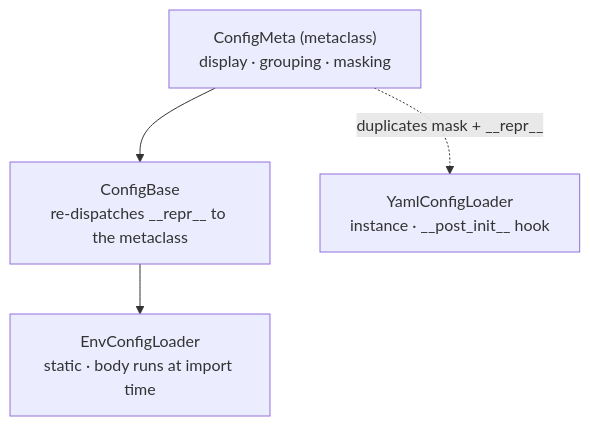
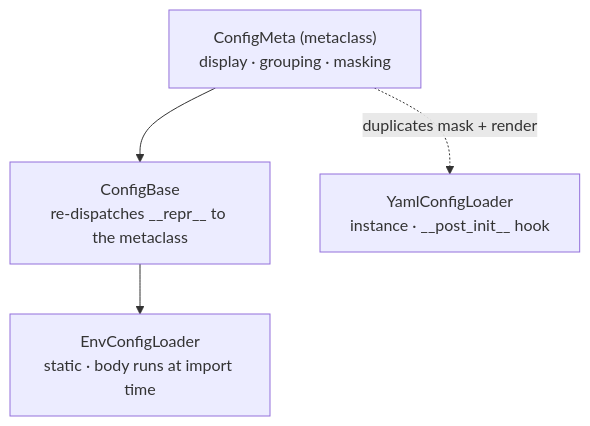
The diagram in README.md (Florian-BARRE/ConfigPlusPlus), drawn with Mermaid before and after one commit. The commit also changed other lines of this file and 12 other files, not shown here.

````diff
--- a/README.md
+++ b/README.md
@@ -208,11 +244,11 @@
 ```mermaid
 graph TD
     Meta["ConfigMeta (metaclass)<br/>display · grouping · masking"]
     Base["ConfigBase<br/>re-dispatches __repr__ to the metaclass"]
     Env["EnvConfigLoader<br/>static · body runs at import time"]
     Yaml["YamlConfigLoader<br/>instance · __post_init__ hook"]
 
     Meta --> Base
     Base --> Env
-    Meta -. "duplicates mask + __repr__" .-> Yaml
+    Meta -. "duplicates mask + render" .-> Yaml
 ```
````
